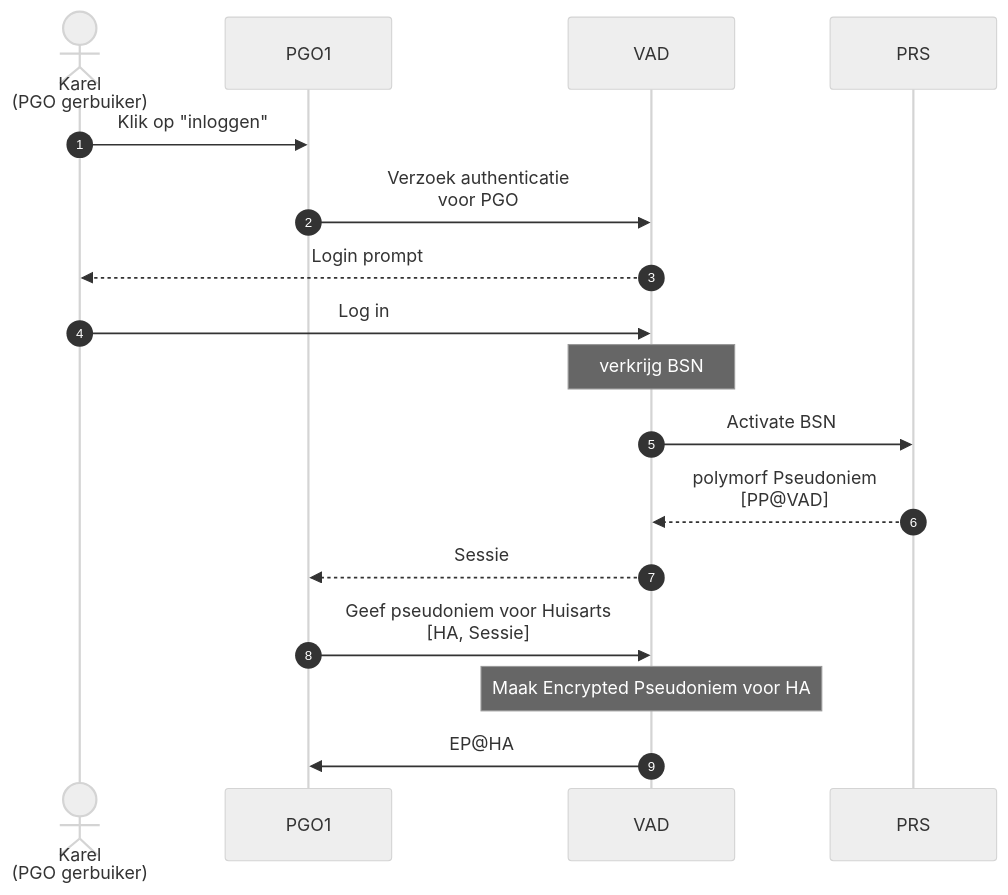
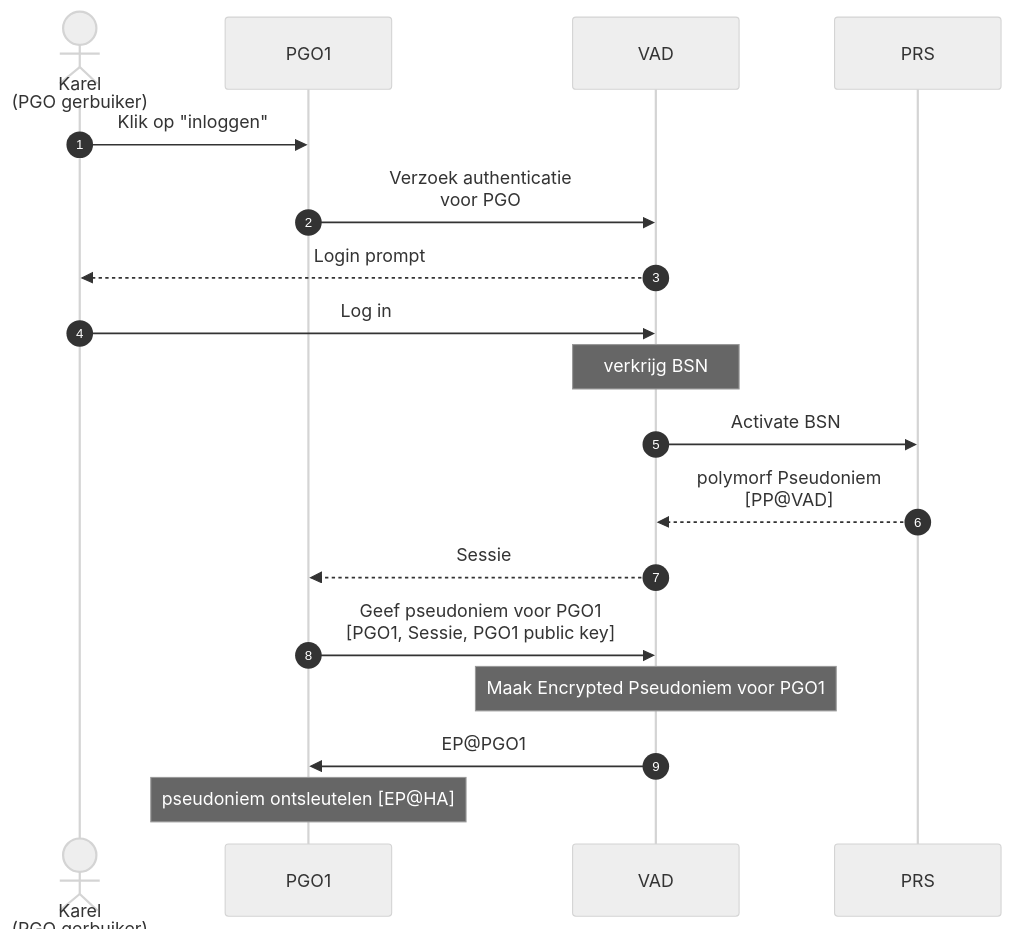
One commit to stevenvegt/pep-go changed the first of 7 diagrams in docs/docs.md. Above: the diagram before and after it, drawn with Mermaid (neutral theme). The commit also changed other lines of this file, not shown here.

Commit message:
Fix voor PGO authenticatie

````diff
--- a/docs/docs.md
+++ b/docs/docs.md
@@ -5,26 +5,27 @@
 ```mermaid
 sequenceDiagram
 	actor burger as Karel<br>(PGO gerbuiker)
 	participant PGO1
 	participant VAD
 	participant PRS
 
 	autonumber
 
 	burger ->> PGO1: Klik op "inloggen"
 	PGO1 ->> VAD: Verzoek authenticatie<br> voor PGO
 	VAD -->> burger: Login prompt
 
 	burger ->> VAD: Log in
 	note over VAD: verkrijg BSN
 	VAD ->> PRS: Activate BSN
 	PRS -->> VAD: polymorf Pseudoniem<br> [PP@VAD]
 	VAD -->> PGO1: Sessie
 
 
 
-	PGO1 ->> VAD: Geef pseudoniem voor Huisarts<br> [HA, Sessie]
-	note over VAD: Maak Encrypted Pseudoniem voor HA
-	VAD ->> PGO1: EP@HA
+	PGO1 ->> VAD: Geef pseudoniem voor PGO1<br> [PGO1, Sessie, PGO1 public key]
+	note over VAD: Maak Encrypted Pseudoniem voor PGO1
+	VAD ->> PGO1: EP@PGO1
 
+	note over PGO1: pseudoniem ontsleutelen [EP@HA]
 ```
````
